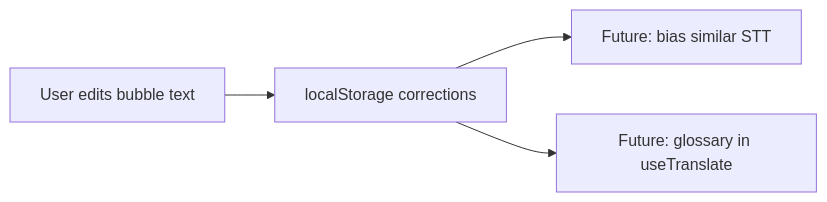
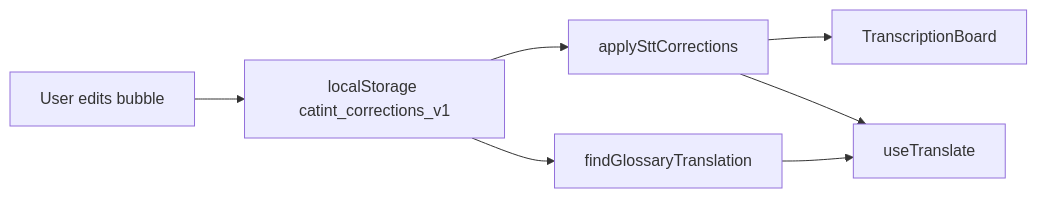
The diagram in docs/handoff/04_transcript_corrections.md (gatrivi/catintassist), drawn with Mermaid before and after one commit. The commit also changed other lines of this file and 32 other files, not shown here.

First line of the commit message:
v4.76.0: bubble corrections teach STT+glossary, ElementHint, copy chips

````diff
--- a/docs/handoff/04_transcript_corrections.md
+++ b/docs/handoff/04_transcript_corrections.md
@@ -12,6 +16,9 @@
 ```mermaid
 flowchart LR
-  userEdit[User edits bubble text] --> store[localStorage corrections]
-  store --> sttHook[Future: bias similar STT]
-  store --> transHook[Future: glossary in useTranslate]
+  userEdit[User edits bubble] --> store[localStorage catint_corrections_v1]
+  store --> sttApply[applySttCorrections]
+  store --> glossary[findGlossaryTranslation]
+  sttApply --> display[TranscriptionBoard]
+  sttApply --> translate[useTranslate]
+  glossary --> translate
 ```
````
